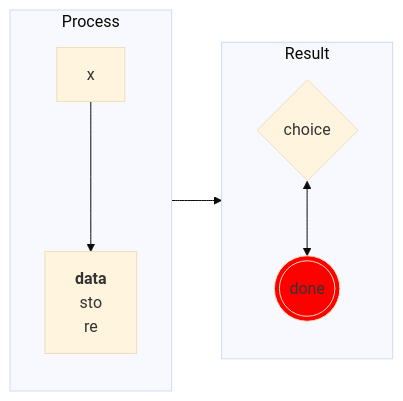
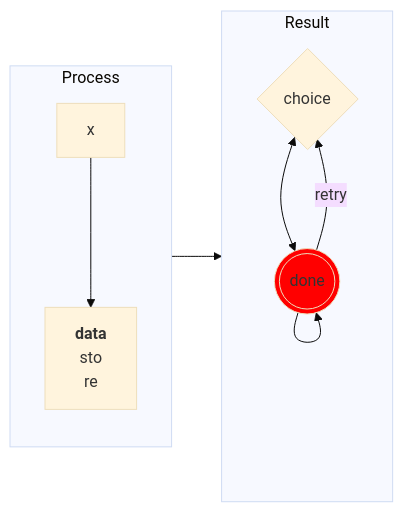
Before and after one commit to unexge/mdr: the first of 2 diagrams in bombadil/fixture.md, drawn with Mermaid (base theme). The commit also changed 4 other files, not shown here.

Commit message:
feat: Render cyclic Mermaid flowcharts

````diff
--- a/bombadil/fixture.md
+++ b/bombadil/fixture.md
@@ -48,13 +48,15 @@
 ```mermaid
 flowchart LR
 subgraph process [Process]
 direction TB
 A["x"] e1@---> B["`**data**<br/>sto
 re`"]
 end
 subgraph result [Result]
 C{choice} <--> D(((done))):::terminal
+D -->|retry| C
+D --> D
 end
 process --> result
 classDef terminal fill:red
 ```
````
